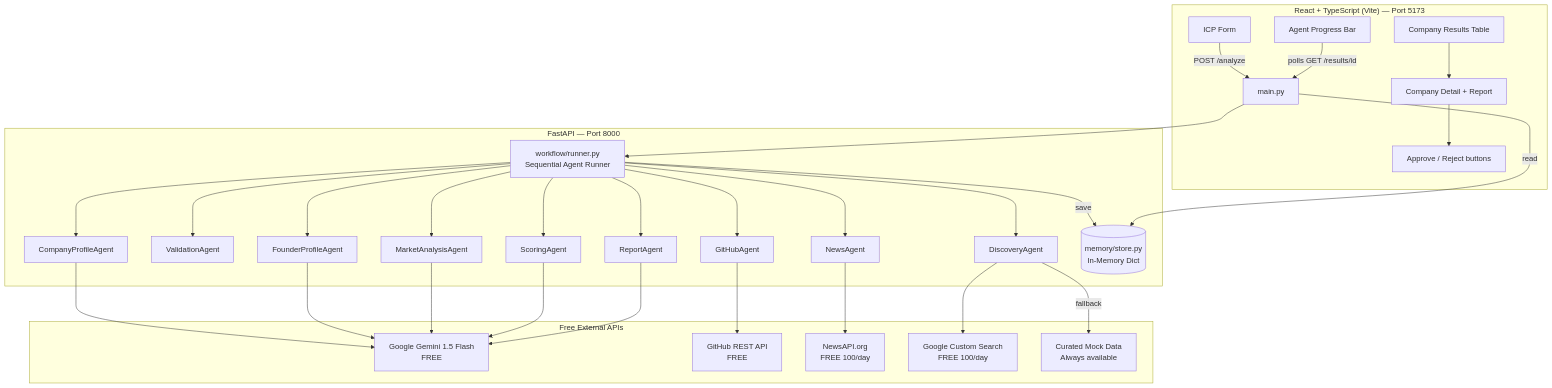
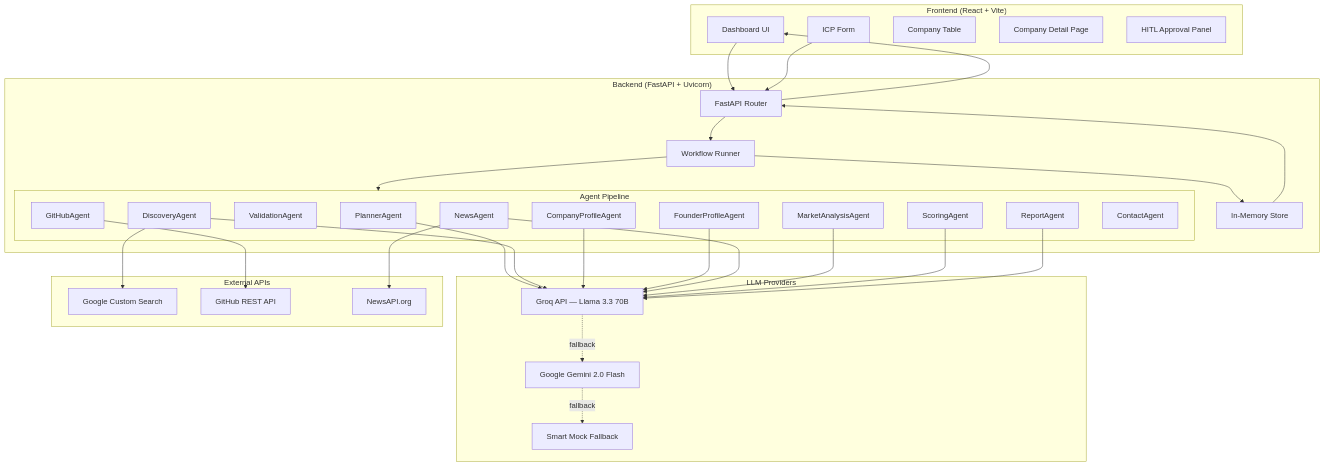
Before and after one commit to SaiTejaSalvaji/XL-Ventures-AI: the diagram in docs/architecture.md, drawn with Mermaid. The commit also changed other lines of this file and 4 other files, not shown here.

````diff
--- a/docs/architecture.md
+++ b/docs/architecture.md
@@ -9,38 +16,58 @@
 ```mermaid
-flowchart TD
-    subgraph UI ["React + TypeScript (Vite) — Port 5173"]
-        Form[ICP Form] -->|POST /analyze| API
-        Progress[Agent Progress Bar] -->|polls GET /results/id| API
-        Table[Company Results Table] --> Detail[Company Detail + Report]
-        Detail --> HITL[Approve / Reject buttons]
+graph TB
+    subgraph Frontend["Frontend (React + Vite)"]
+        UI[Dashboard UI]
+        ICPForm[ICP Form]
+        CompanyTable[Company Table]
+        DetailPage[Company Detail Page]
+        HITL[HITL Approval Panel]
     end
 
-    subgraph Backend ["FastAPI — Port 8000"]
-        API[main.py] --> Runner[workflow/runner.py<br/>Sequential Agent Runner]
-        Runner --> D[DiscoveryAgent]
-        Runner --> V[ValidationAgent]
-        Runner --> CP[CompanyProfileAgent]
-        Runner --> FP[FounderProfileAgent]
-        Runner --> GH[GitHubAgent]
-        Runner --> NW[NewsAgent]
-        Runner --> MA[MarketAnalysisAgent]
-        Runner --> SC[ScoringAgent]
-        Runner --> RP[ReportAgent]
-        Runner -->|save| Store[(memory/store.py<br/>In-Memory Dict)]
-        API -->|read| Store
+    subgraph Backend["Backend (FastAPI + Uvicorn)"]
+        API[FastAPI Router]
+        Runner[Workflow Runner]
+        Store[In-Memory Store]
+
+        subgraph Agents["Agent Pipeline"]
+            A1[PlannerAgent]
+            A2[DiscoveryAgent]
+            A3[ValidationAgent]
+            A4[CompanyProfileAgent]
+            A5[FounderProfileAgent]
+            A6[GitHubAgent]
+            A7[NewsAgent]
+            A8[MarketAnalysisAgent]
+            A9[ScoringAgent]
+            A10[ReportAgent]
+            A11[ContactAgent]
+        end
     end
 
-    subgraph External ["Free External APIs"]
-        Gemini[Google Gemini 1.5 Flash<br/>FREE]
-        GithubAPI[GitHub REST API<br/>FREE]
-        NewsAPI2[NewsAPI.org<br/>FREE 100/day]
-        CSE[Google Custom Search<br/>FREE 100/day]
-        Mock[Curated Mock Data<br/>Always available]
+    subgraph LLM["LLM Providers"]
+        Groq[Groq API — Llama 3.3 70B]
+        Gemini[Google Gemini 2.0 Flash]
+        Mocks[Smart Mock Fallback]
     end
 
-    CP & FP & MA & SC & RP --> Gemini
-    GH --> GithubAPI
-    NW --> NewsAPI2
-    D --> CSE
-    D -->|fallback| Mock
+    subgraph External["External APIs"]
+        CSE[Google Custom Search]
+        GH[GitHub REST API]
+        News[NewsAPI.org]
+    end
+
+    UI --> API
+    ICPForm --> API
+    API --> Runner
+    Runner --> Agents
+    Runner --> Store
+    Store --> API
+    API --> UI
+
+    A2 --> CSE
+    A6 --> GH
+    A7 --> News
+
+    A1 & A2 & A4 & A5 & A7 & A8 & A9 & A10 --> Groq
+    Groq -.->|fallback| Gemini
+    Gemini -.->|fallback| Mocks
 ```
````
